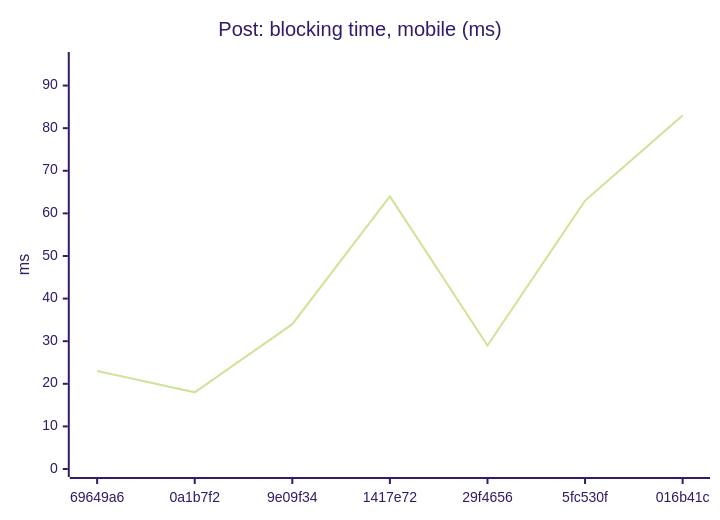
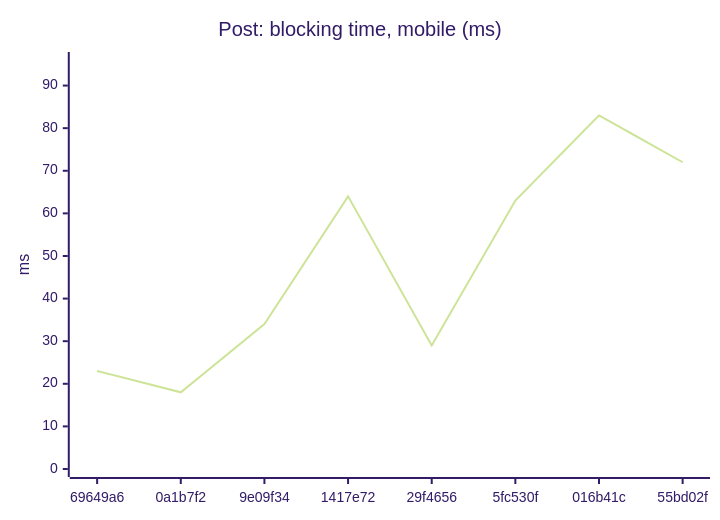
Diagram 12 of 18 in README.md (AxelUser/maltsev.space), drawn with Mermaid (forest theme) before and after one commit. The commit also changed other lines of this file and 1 other file, not shown here.

````diff
--- a/README.md
+++ b/README.md
@@ -133,7 +133,7 @@
 ```mermaid
 xychart-beta
   title "Post: blocking time, mobile (ms)"
-  x-axis ["69649a6", "0a1b7f2", "9e09f34", "1417e72", "29f4656", "5fc530f", "016b41c"]
+  x-axis ["69649a6", "0a1b7f2", "9e09f34", "1417e72", "29f4656", "5fc530f", "016b41c", "55bd02f"]
   y-axis "ms" 0 --> 96
-  line [23, 18, 34, 64, 29, 63, 83]
+  line [23, 18, 34, 64, 29, 63, 83, 72]
 ```
````
